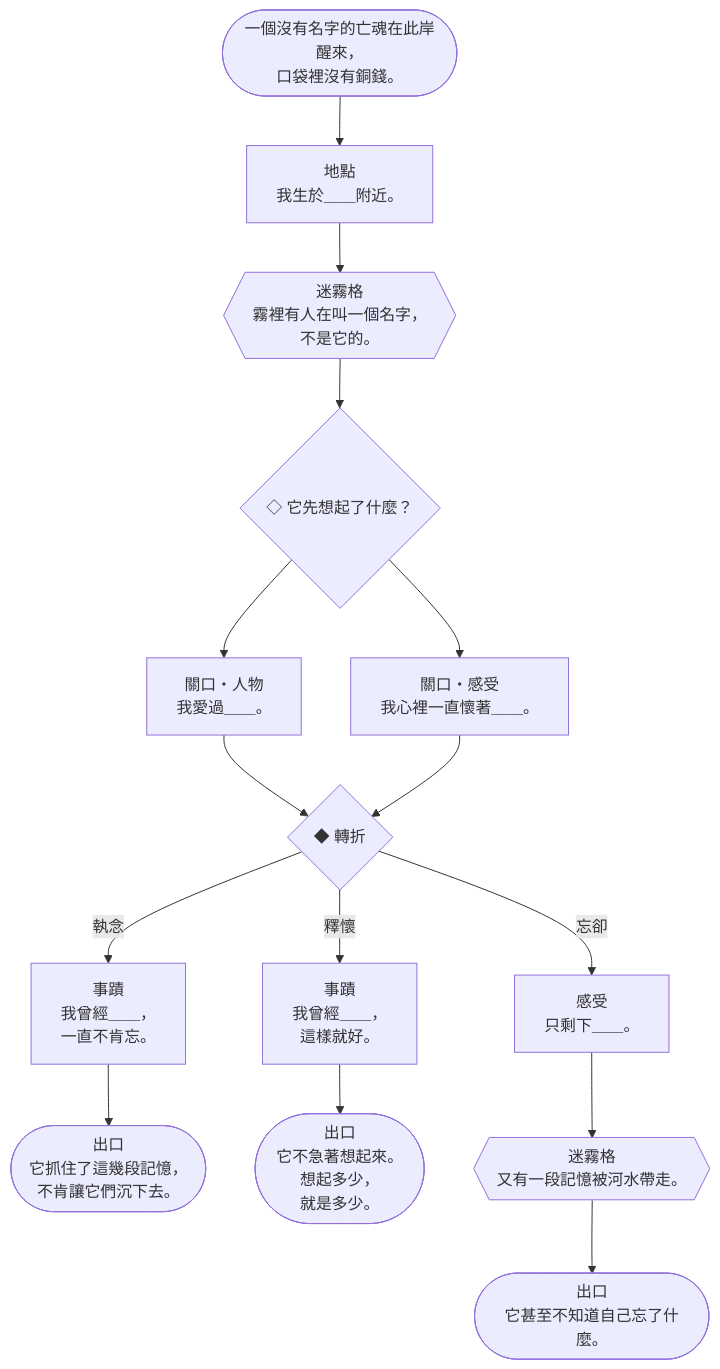
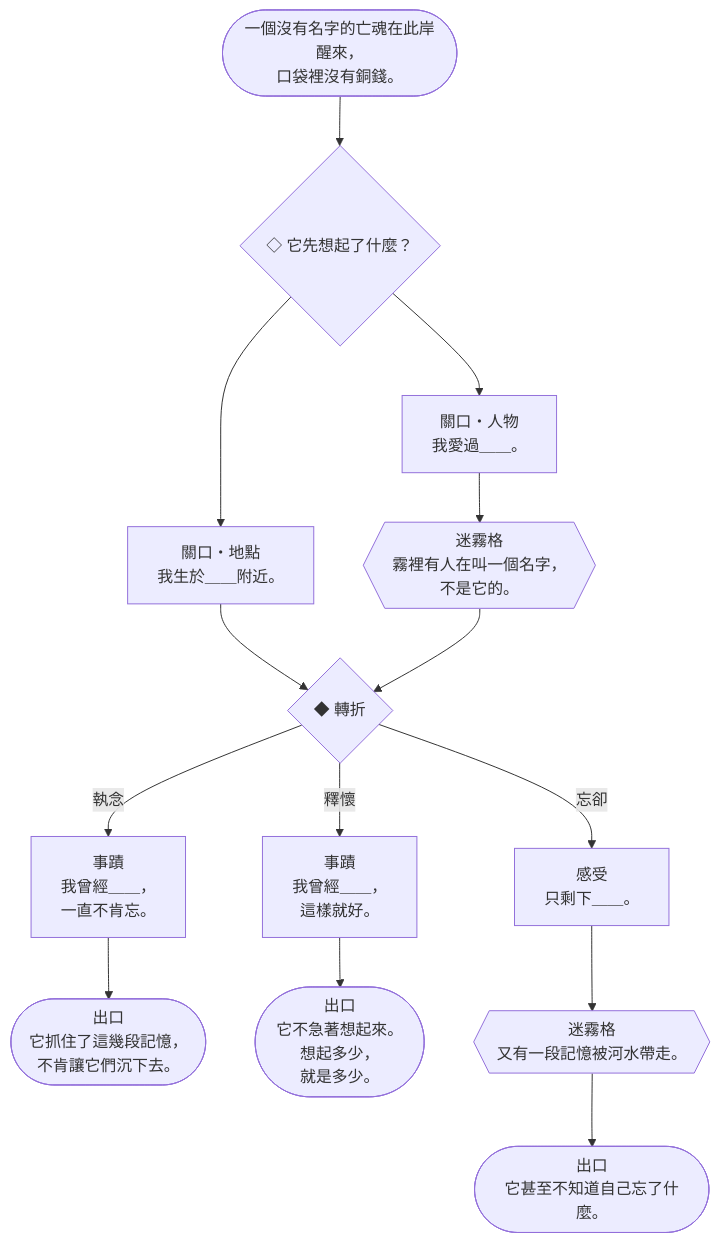
Before and after one commit to Ralph-Liu-Hub/Boardgame-Netherbloom: diagram 13 of 15 in docs/design/V5-storybooks.zh-TW.md, drawn with Mermaid. The commit also changed other lines of this file and 5 other files, not shown here.

````diff
--- a/docs/design/V5-storybooks.zh-TW.md
+++ b/docs/design/V5-storybooks.zh-TW.md
@@ -1106,30 +1110,28 @@
 ```mermaid
 flowchart TD
-  c0E(["一個沒有名字的亡魂在此岸醒來，<br>口袋裡沒有銅錢。"]) --> c0a
-  c0a["地點<br>我生於＿＿附近。"]
-  c0a --> c0x1
-  c0x1{{"迷霧格<br>霧裡有人在叫一個名字，<br>不是它的。"}}
-  c0x1 --> c0p1
+  c0E(["一個沒有名字的亡魂在此岸醒來，<br>口袋裡沒有銅錢。"]) --> c0p1
   c0p1{"◇ 它先想起了什麼？"}
   c0p1 --> c0b1
   c0p1 --> c0b2
-  c0b1["關口・人物<br>我愛過＿＿。"]
+  c0b1["關口・地點<br>我生於＿＿附近。"]
   c0b1 --> c0f
-  c0b2["關口・感受<br>我心裡一直懷著＿＿。"]
-  c0b2 --> c0f
+  c0b2["關口・人物<br>我愛過＿＿。"]
+  c0b2 --> c0x1
+  c0x1{{"迷霧格<br>霧裡有人在叫一個名字，<br>不是它的。"}}
+  c0x1 --> c0f
   c0f{"◆ 轉折"}
   c0f -- 執念 --> c0c1
   c0f -- 釋懷 --> c0c2
   c0f -- 忘卻 --> c0c3
   c0c1["事蹟<br>我曾經＿＿，<br>一直不肯忘。"]
   c0c1 --> c0o1
   c0c2["事蹟<br>我曾經＿＿，<br>這樣就好。"]
   c0c2 --> c0o2
   c0c3["感受<br>只剩下＿＿。"]
   c0c3 --> c0x2
   c0x2{{"迷霧格<br>又有一段記憶被河水帶走。"}}
   c0x2 --> c0o3
   c0o1(["出口<br>它抓住了這幾段記憶，<br>不肯讓它們沉下去。"])
   c0o2(["出口<br>它不急著想起來。<br>想起多少，<br>就是多少。"])
   c0o3(["出口<br>它甚至不知道自己忘了什麼。"])
 ```
````
